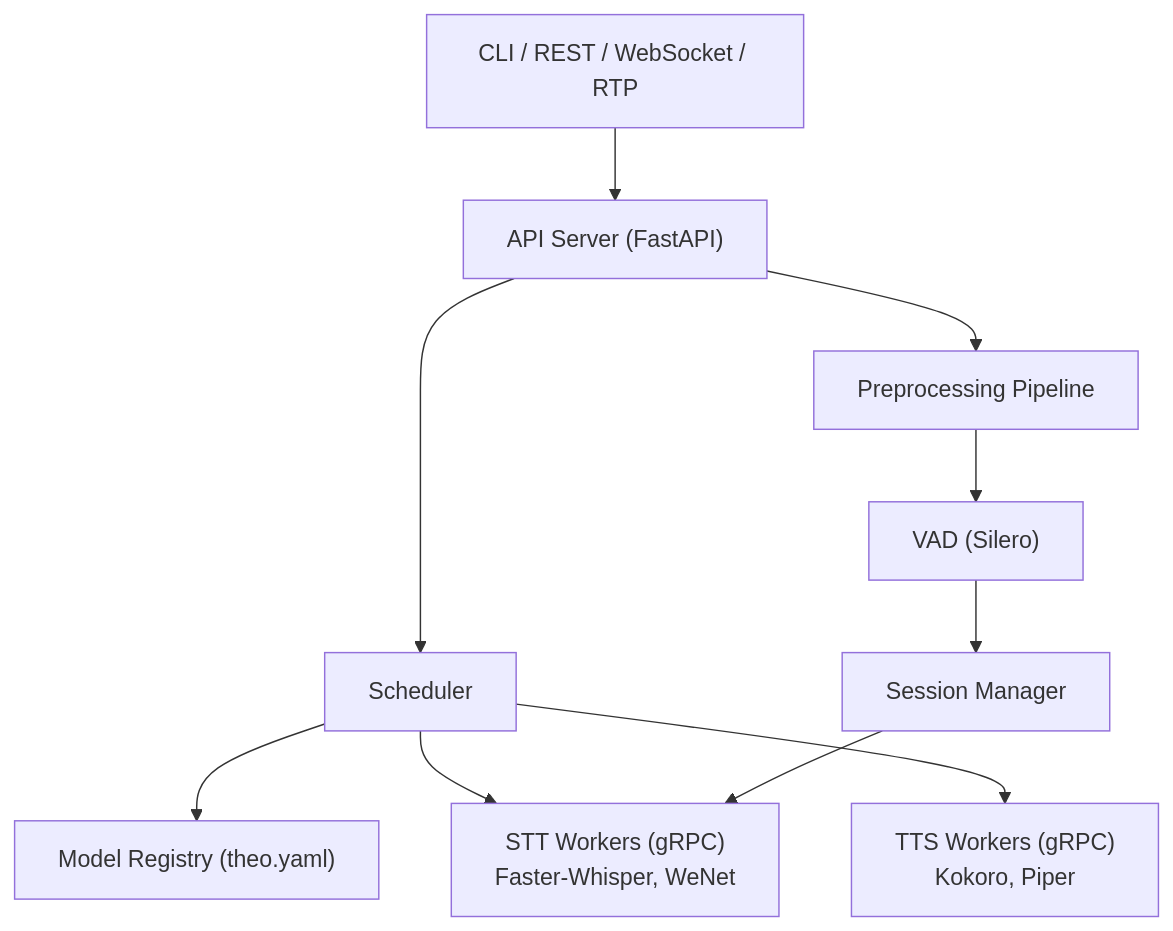
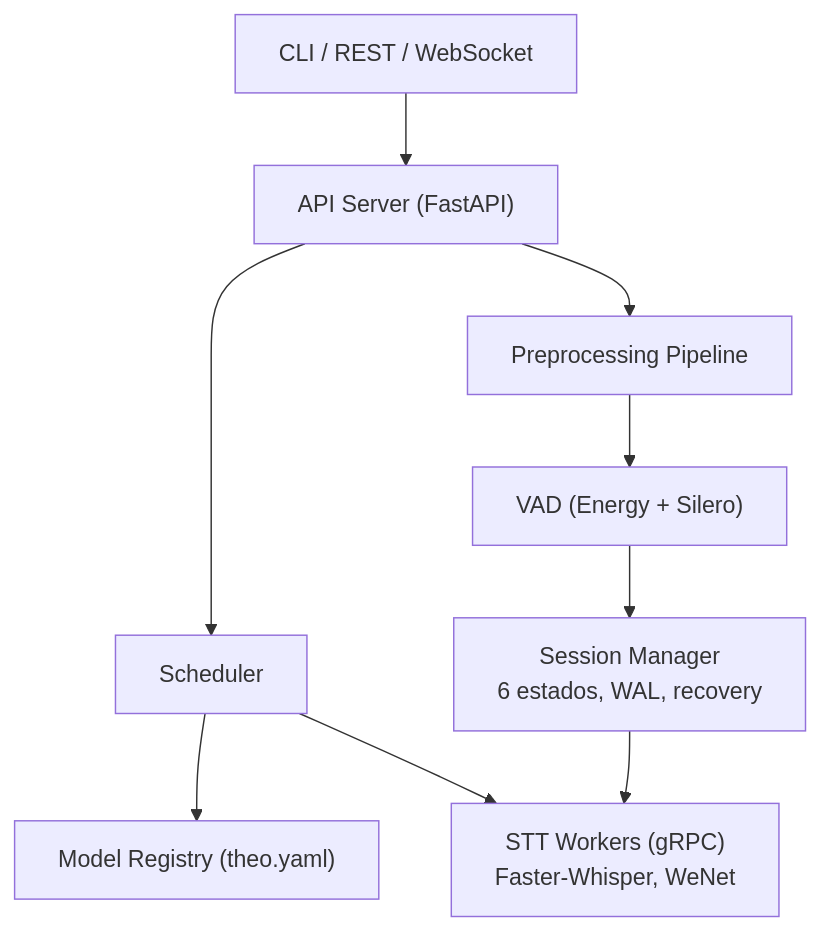
One commit to usetheodev/theo-openvoice changed the diagram in README.md. Above: the diagram before and after it, drawn with Mermaid. The commit also changed other lines of this file and 6 other files, not shown here.

First line of the commit message:
Refine PRD and ROADMAP documentation; update changelogs and milestones for clarity

````diff
--- a/README.md
+++ b/README.md
@@ -114,22 +131,20 @@
 ```mermaid
 graph TD
-    CLI["CLI / REST / WebSocket / RTP"]
+    CLI["CLI / REST / WebSocket"]
     API["API Server (FastAPI)"]
     SCH["Scheduler"]
     REG["Model Registry (theo.yaml)"]
     STT["STT Workers (gRPC)<br/>Faster-Whisper, WeNet"]
-    TTS["TTS Workers (gRPC)<br/>Kokoro, Piper"]
     PRE["Preprocessing Pipeline"]
-    VAD["VAD (Silero)"]
-    SESS["Session Manager"]
+    VAD["VAD (Energy + Silero)"]
+    SESS["Session Manager<br/>6 estados, WAL, recovery"]
 
     CLI --> API
     API --> SCH
     SCH --> REG
     SCH --> STT
-    SCH --> TTS
     API --> PRE
     PRE --> VAD
     VAD --> SESS
     SESS --> STT
 ```
````
